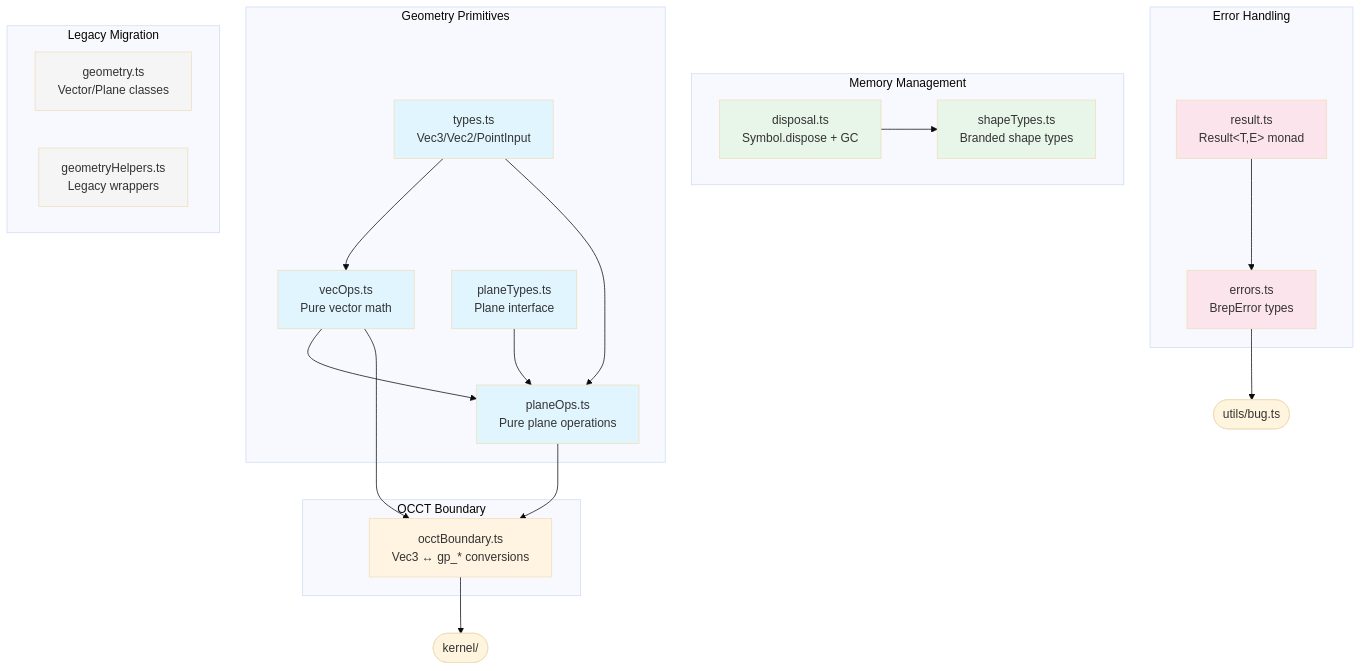
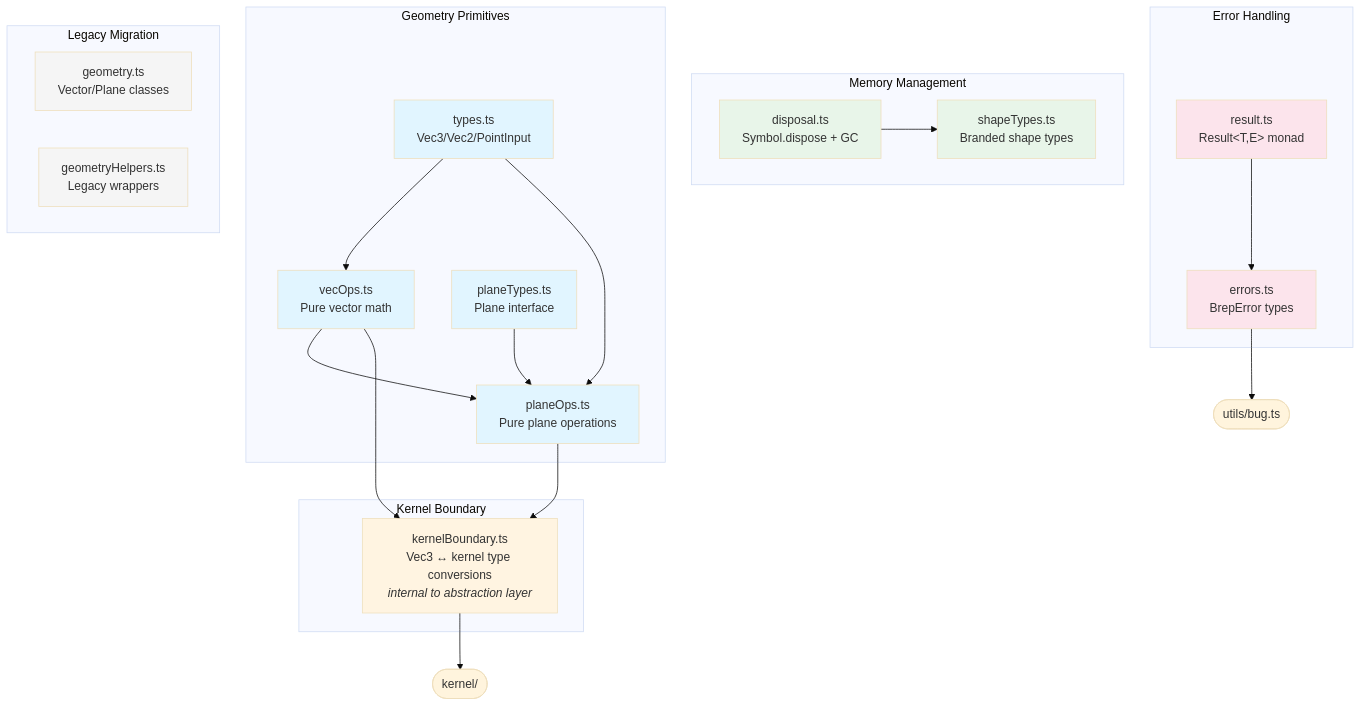
Before and after one commit to ehtick/brepjs: the diagram in src/core/README.md, drawn with Mermaid (base theme). The commit also changed other lines of this file and 155 other files, not shown here.

````diff
--- a/src/core/README.md
+++ b/src/core/README.md
@@ -7,51 +7,51 @@
 ```mermaid
 graph TB
     subgraph "Geometry Primitives"
         types[types.ts<br/>Vec3/Vec2/PointInput]
         vecOps[vecOps.ts<br/>Pure vector math]
         planeTypes[planeTypes.ts<br/>Plane interface]
         planeOps[planeOps.ts<br/>Pure plane operations]
     end
 
-    subgraph "OCCT Boundary"
-        occtBoundary[occtBoundary.ts<br/>Vec3 ↔ gp_* conversions]
+    subgraph "Kernel Boundary"
+        kernelBoundary[kernelBoundary.ts<br/>Vec3 ↔ kernel type conversions<br/><i>internal to abstraction layer</i>]
     end
 
     subgraph "Memory Management"
         disposal[disposal.ts<br/>Symbol.dispose + GC]
         shapeTypes[shapeTypes.ts<br/>Branded shape types]
     end
 
     subgraph "Error Handling"
         result[result.ts<br/>Result&lt;T,E&gt; monad]
         errors[errors.ts<br/>BrepError types]
     end
 
     subgraph "Legacy Migration"
         geometry[geometry.ts<br/>Vector/Plane classes]
         geometryHelpers[geometryHelpers.ts<br/>Legacy wrappers]
     end
 
     types --> vecOps
     types --> planeOps
     planeTypes --> planeOps
     vecOps --> planeOps
-    vecOps --> occtBoundary
-    planeOps --> occtBoundary
-    occtBoundary --> kernel([kernel/])
+    vecOps --> kernelBoundary
+    planeOps --> kernelBoundary
+    kernelBoundary --> kernel([kernel/])
     disposal --> shapeTypes
     result --> errors
     errors --> utils([utils/bug.ts])
 
     style types fill:#e1f5ff
     style vecOps fill:#e1f5ff
     style planeTypes fill:#e1f5ff
     style planeOps fill:#e1f5ff
-    style occtBoundary fill:#fff4e1
+    style kernelBoundary fill:#fff4e1
     style disposal fill:#e8f5e9
     style shapeTypes fill:#e8f5e9
     style result fill:#fce4ec
     style errors fill:#fce4ec
     style geometry fill:#f5f5f5
     style geometryHelpers fill:#f5f5f5
 ```
````
